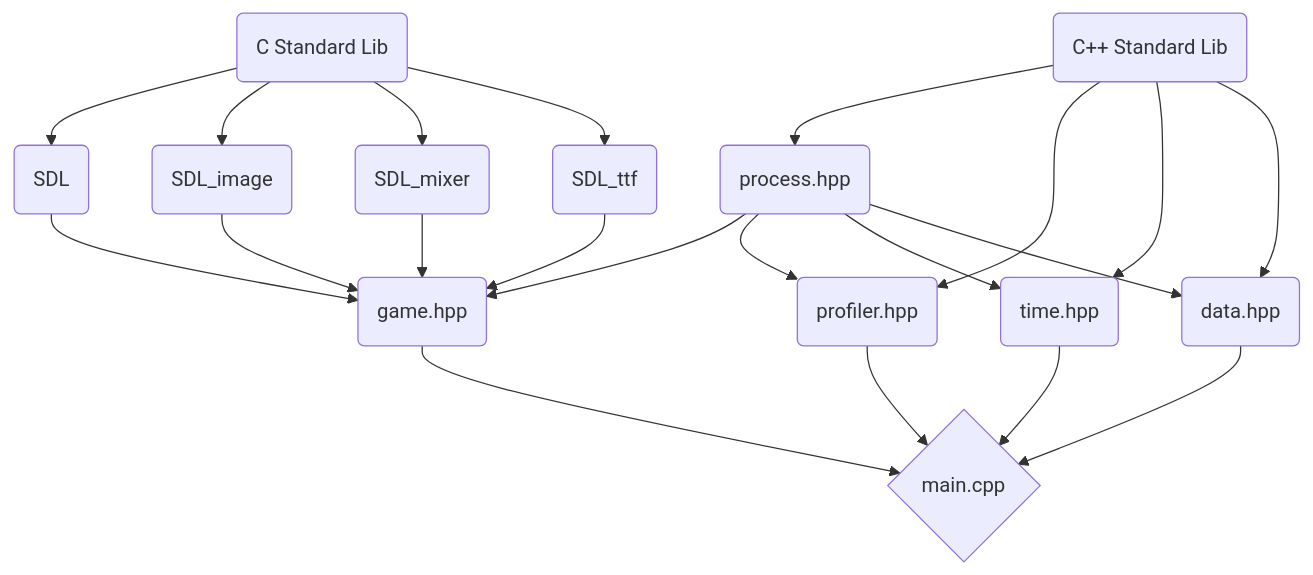
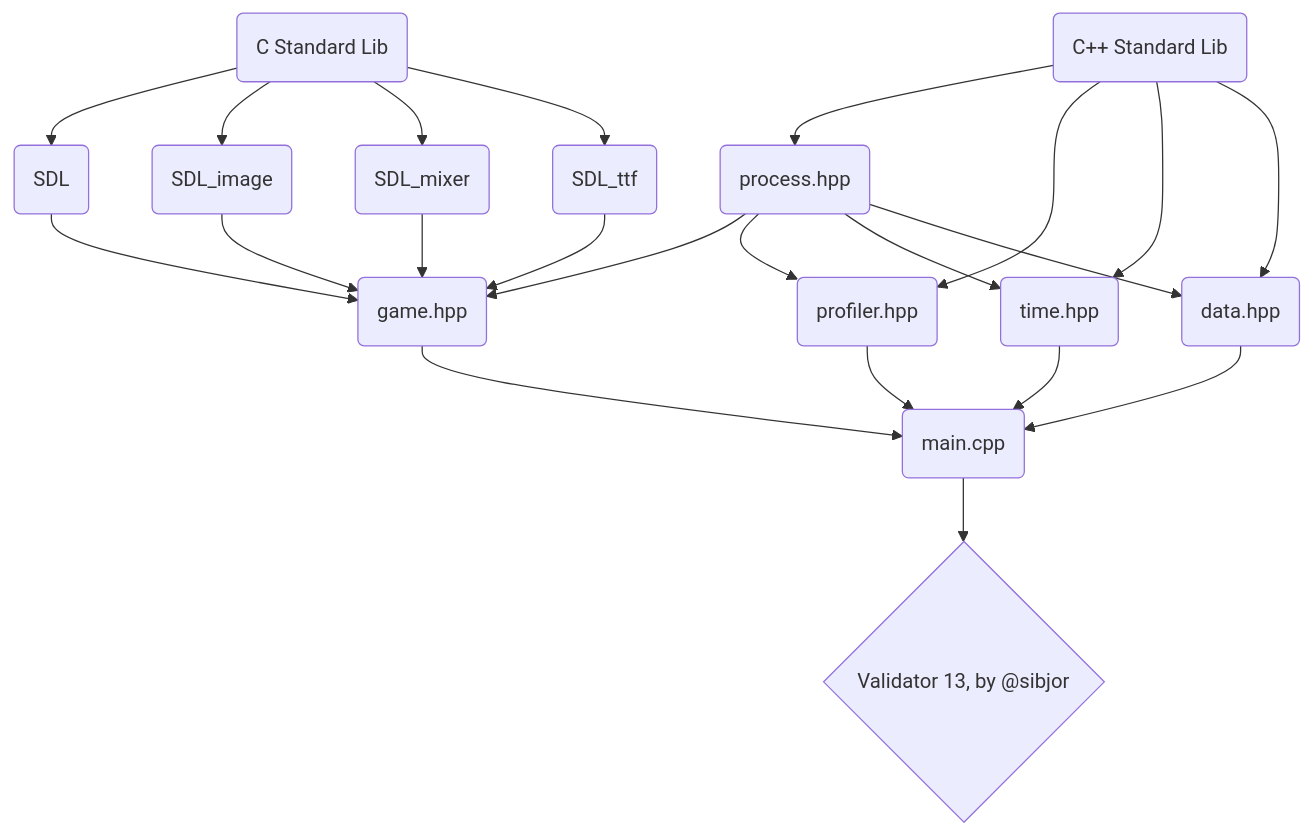
Before and after one commit to sibjor/ParkourRunner: the diagram in README.md, drawn with Mermaid.

Commit message:
not to forget the main export

````diff
--- a/README.md
+++ b/README.md
@@ -11,31 +11,31 @@
 ```mermaid
 flowchart TD
     A(C Standard Lib)
     B(C++ Standard Lib)
     C(SDL)
     D(SDL_image)
     E(SDL_mixer)
     F(SDL_ttf)
     G(process.hpp)
     H(profiler.hpp)
     I(time.hpp)
     J(data.hpp)
     K(game.hpp)
-    L{main.cpp}
+    L(main.cpp)
 
     A --> C --> K
     A --> D --> K
     A --> E --> K
     A --> F --> K
 
     B --> G 
     B --> H 
     B --> I 
     B --> J 
 
-    G --> K --> L 
+    G --> K --> L --> M{Validator 13, by @sibjor}
     G --> H --> L 
     G --> I --> L 
     G --> J --> L
     
 ```
````
